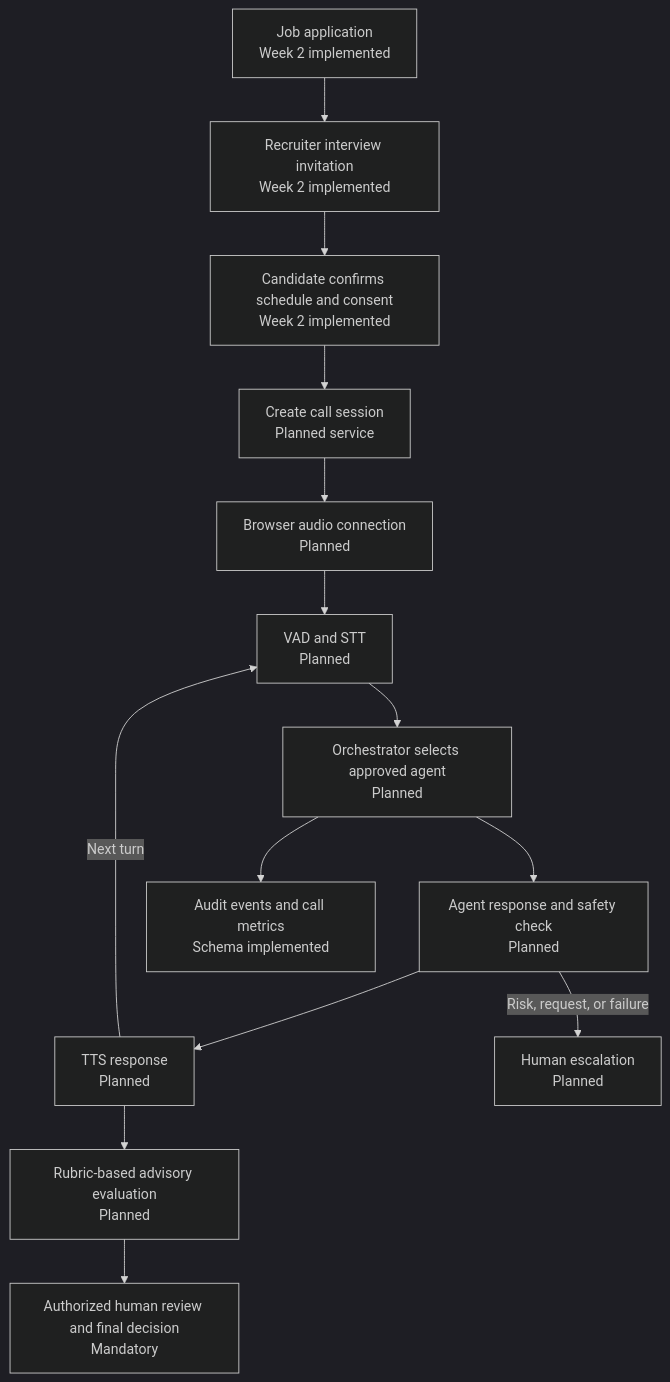
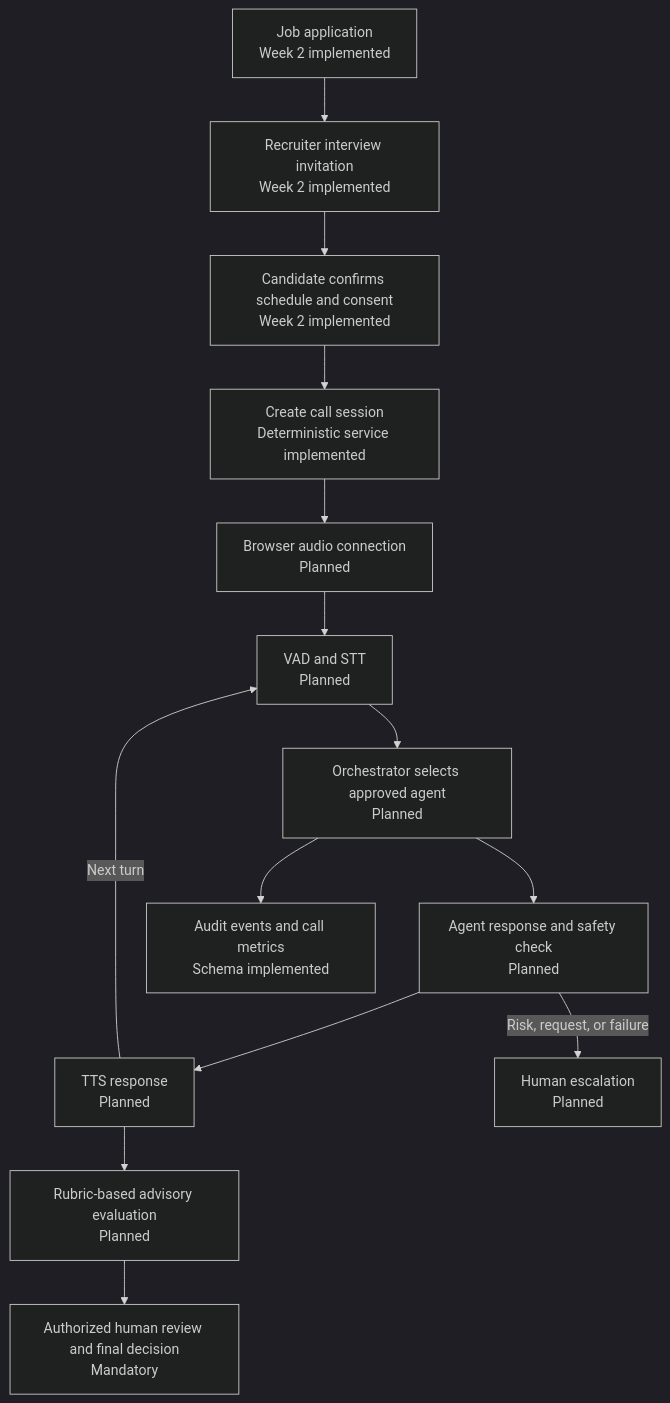
One commit to hamzadugal21/MultiAgentCaller changed the second of 4 diagrams in docs/ARCHITECTURE.md. Above: the diagram before and after it, drawn with Mermaid (dark theme). The commit also changed other lines of this file and 6 other files, not shown here.

Commit message:
docs: record week 3 call-session foundation

````diff
--- a/docs/ARCHITECTURE.md
+++ b/docs/ARCHITECTURE.md
@@ -71,16 +75,16 @@
 ```mermaid
 flowchart TD
     A[Job application<br/>Week 2 implemented] --> B[Recruiter interview invitation<br/>Week 2 implemented]
     B --> C[Candidate confirms schedule and consent<br/>Week 2 implemented]
-    C --> D[Create call session<br/>Planned service]
+    C --> D[Create call session<br/>Deterministic service implemented]
     D --> E[Browser audio connection<br/>Planned]
     E --> F[VAD and STT<br/>Planned]
     F --> G[Orchestrator selects approved agent<br/>Planned]
     G --> H[Agent response and safety check<br/>Planned]
     H --> I[TTS response<br/>Planned]
     I -->|Next turn| F
     H -->|Risk, request, or failure| J[Human escalation<br/>Planned]
     G --> K[Audit events and call metrics<br/>Schema implemented]
     I --> L[Rubric-based advisory evaluation<br/>Planned]
     L --> M[Authorized human review and final decision<br/>Mandatory]
 ```
````
